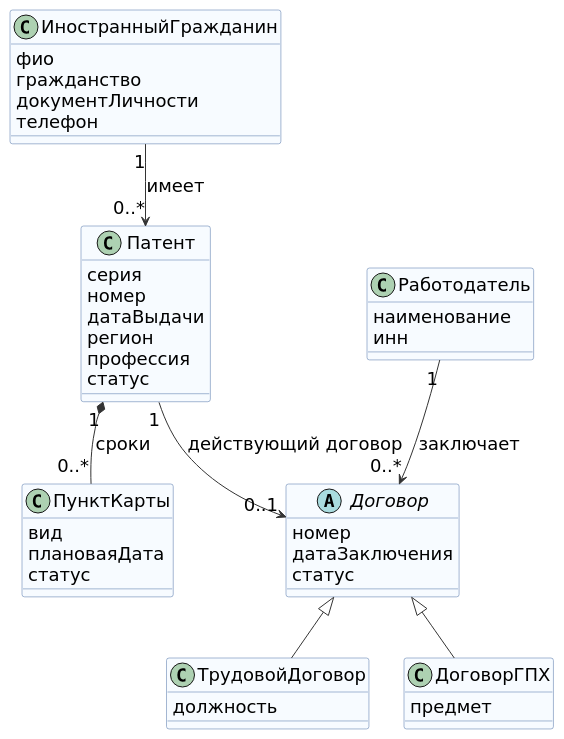
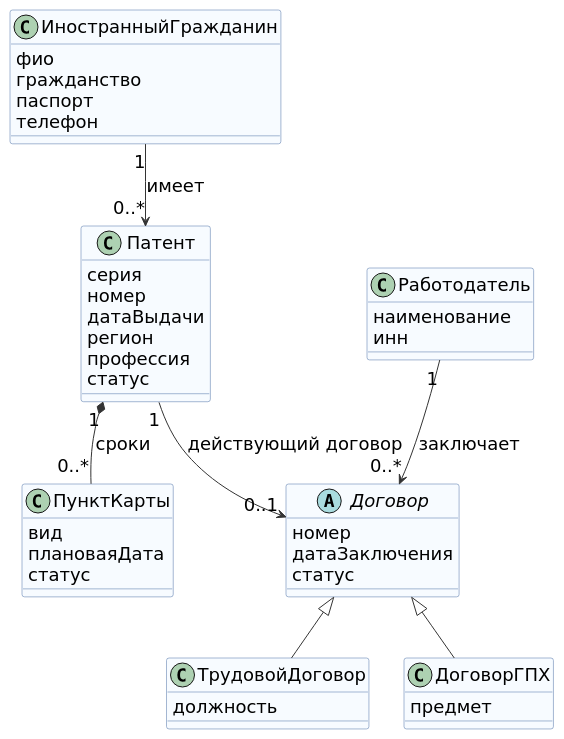
The diagram in tsu/5sem/Функциональное моделирование систем/документы/src/class-diagram.puml (mflkee/study), drawn with PlantUML before and after one commit. The commit also changed 6 other files, not shown here.

```diff
--- a/tsu/5sem/Функциональное моделирование систем/документы/src/class-diagram.puml
+++ b/tsu/5sem/Функциональное моделирование систем/документы/src/class-diagram.puml
@@ -1,59 +1,59 @@
 @startuml class-diagram
 ' Лаб. 2: модель предметной области темы 7 (пункты 7.1 и 7.2).
 ' Только атрибуты; без id, методов и модификаторов доступа.
 skinparam shadowing false
 skinparam defaultFontName "DejaVu Sans"
 skinparam defaultFontSize 18
 skinparam classAttributeIconSize 0
 skinparam class {
   BackgroundColor #F7FBFF
   BorderColor #4A6FA5
 }
 skinparam ArrowColor #333333
 
 class ИностранныйГражданин {
   фио
   гражданство
-  документЛичности
+  паспорт
   телефон
 }
 
 class Патент {
   серия
   номер
   датаВыдачи
   регион
   профессия
   статус
 }
 
 class Работодатель {
   наименование
   инн
 }
 
 abstract class Договор {
   номер
   датаЗаключения
   статус
 }
 class ТрудовойДоговор {
   должность
 }
 class ДоговорГПХ {
   предмет
 }
 Договор <|-- ТрудовойДоговор
 Договор <|-- ДоговорГПХ
 
 class ПунктКарты {
   вид
   плановаяДата
   статус
 }
 
 ИностранныйГражданин "1" --> "0..*" Патент : имеет
 Патент "1" --> "0..1" Договор : действующий договор
 Работодатель "1" --> "0..*" Договор : заключает
 Патент "1" *-- "0..*" ПунктКарты : сроки
 @enduml
```
